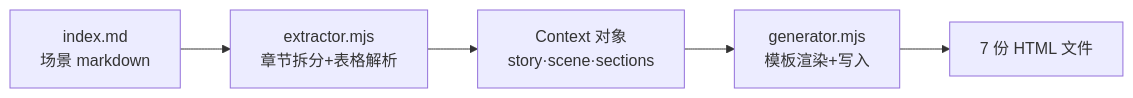
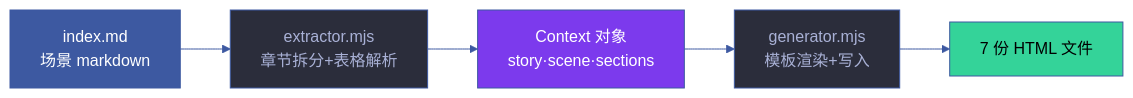
The third of 7 diagrams in skills/rui-html/SKILL.md (effiy/YrY), drawn with Mermaid before and after one commit. The commit also changed other lines of this file and 1028 other files, not shown here.

````diff
--- a/skills/rui-html/SKILL.md
+++ b/skills/rui-html/SKILL.md
@@ -105,7 +113,20 @@
 ```mermaid
+%%{init: {'theme': 'base', 'themeVariables': {
+  'primaryColor': '#1e1f2b',
+  'primaryTextColor': '#a9b1d6',
+  'primaryBorderColor': '#3d59a1',
+  'lineColor': '#3d59a1',
+  'secondaryColor': '#2b2d3b',
+  'tertiaryColor': '#21232f'
+}}}%%
 flowchart LR
     MD["index.md<br/>场景 markdown"]:::src --> PARSE["extractor.mjs<br/>章节拆分+表格解析"]:::tool
     PARSE --> CTX["Context 对象<br/>story·scene·sections"]:::data
     CTX --> GEN["generator.mjs<br/>模板渲染+写入"]:::tool
     GEN --> HTML["7 份 HTML 文件"]:::out
+
+    classDef src fill:#3d59a1,color:#fff
+    classDef tool fill:#2b2d3b,stroke:#3d59a1,color:#a9b1d6
+    classDef data fill:#7c3aed,color:#fff
+    classDef out fill:#34d399,color:#000
 ```
````
